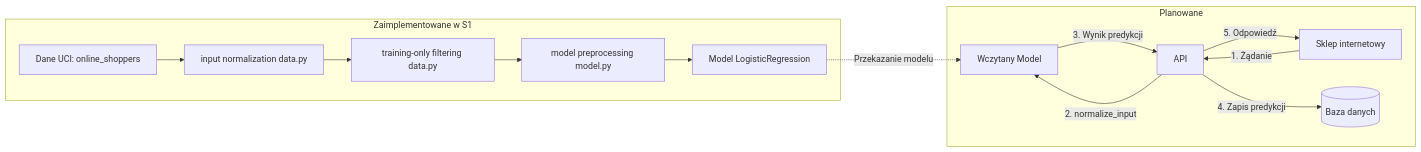
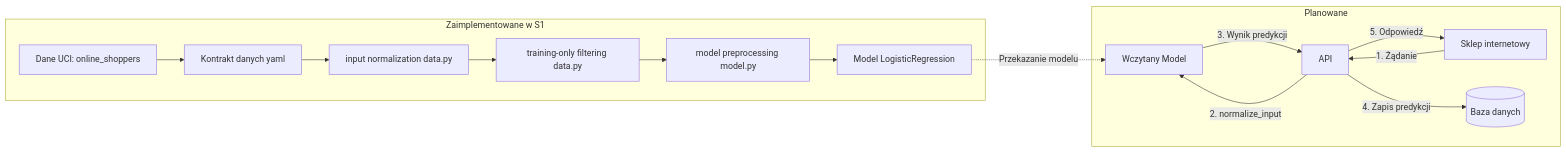
Before and after one commit to szosa1/ASI_s30524_s30630_s27398: the diagram in docs/architecture.md, drawn with Mermaid. The commit also changed other lines of this file, not shown here.

Commit message:
zmieniono diagram architektury

````diff
--- a/docs/architecture.md
+++ b/docs/architecture.md
@@ -49,19 +49,25 @@
 ```mermaid
 flowchart LR
     subgraph Trening_S1 [Zaimplementowane w S1]
-        A[Dane UCI: online_shoppers] --> B[input normalization data.py]
+        A[Dane UCI: online_shoppers] --> K[Kontrakt danych yaml]
+        K --> B[input normalization data.py]
         B --> C[training-only filtering data.py]
         C --> D[model preprocessing model.py]
         D --> E[Model LogisticRegression]
     end
 
     subgraph Serwowanie_Planowane [Planowane]
-        F[Sklep internetowy] -->|1. Żądanie| G[API]
-        G -->|2. normalize_input| H[Wczytany Model]
+        F[Sklep internetowy]
+        G[API]
+        H[Wczytany Model]
+        I[(Baza danych)]
+
+        F -->|1. Żądanie| G
+        G -->|2. normalize_input| H
         H -->|3. Wynik predykcji| G
-        G -->|4. Zapis predykcji| I[(Baza danych)]
+        G -->|4. Zapis predykcji| I
         G -->|5. Odpowiedź| F
     end
 
     E -. Przekazanie modelu .-> H
 ```
````
